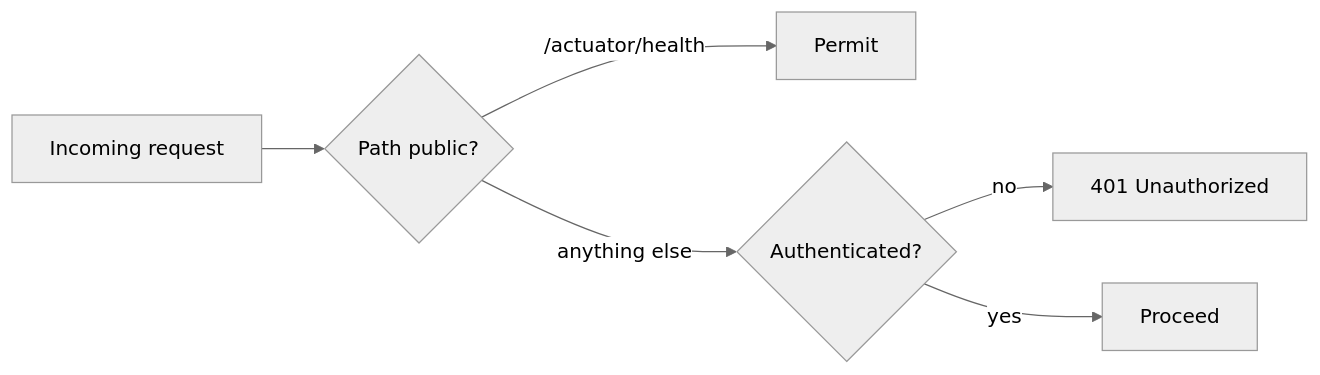
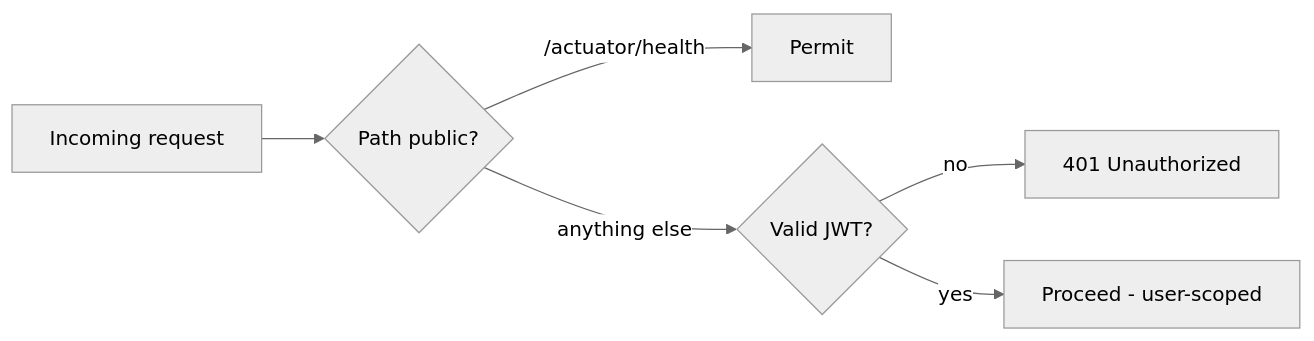
The diagram in docs/01-architecture/security.md (mahelet-kassa/CareerOS), drawn with Mermaid (neutral theme) before and after one commit. The commit also changed other lines of this file and 30 other files, not shown here.

````diff
--- a/docs/01-architecture/security.md
+++ b/docs/01-architecture/security.md
@@ -24,8 +25,8 @@
 ```mermaid
 flowchart LR
     req[Incoming request] --> f{Path public?}
     f -->|/actuator/health| ok[Permit]
-    f -->|anything else| authd{Authenticated?}
+    f -->|anything else| authd{Valid JWT?}
     authd -->|no| deny[401 Unauthorized]
-    authd -->|yes| pass[Proceed]
+    authd -->|yes| pass[Proceed - user-scoped]
 ```
````
